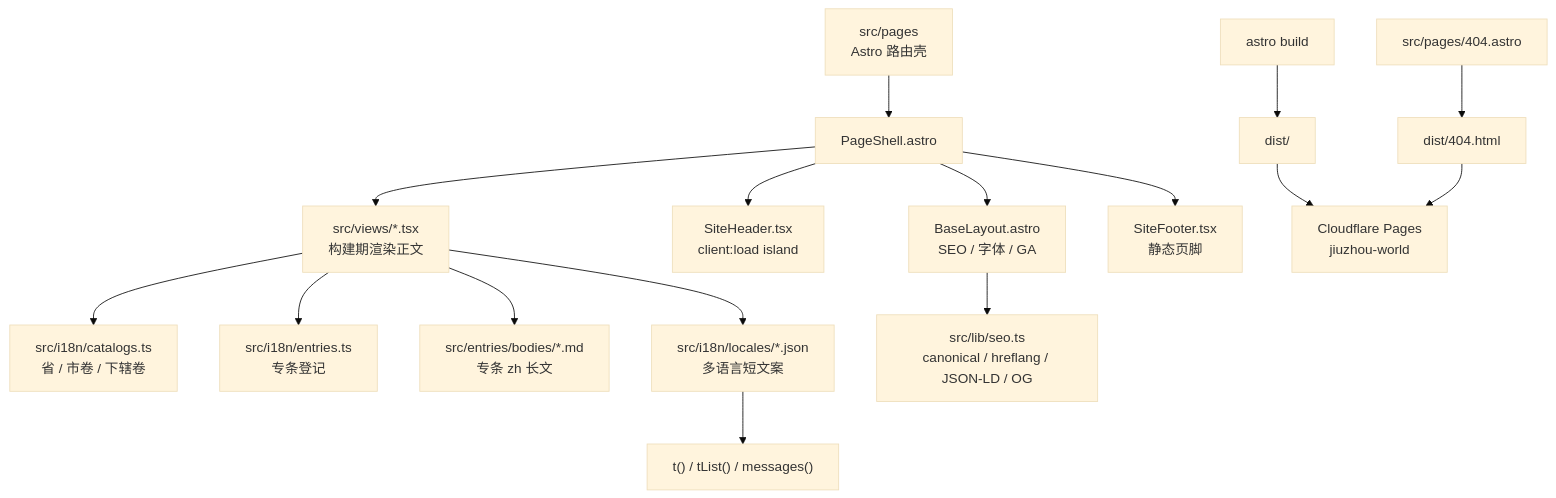
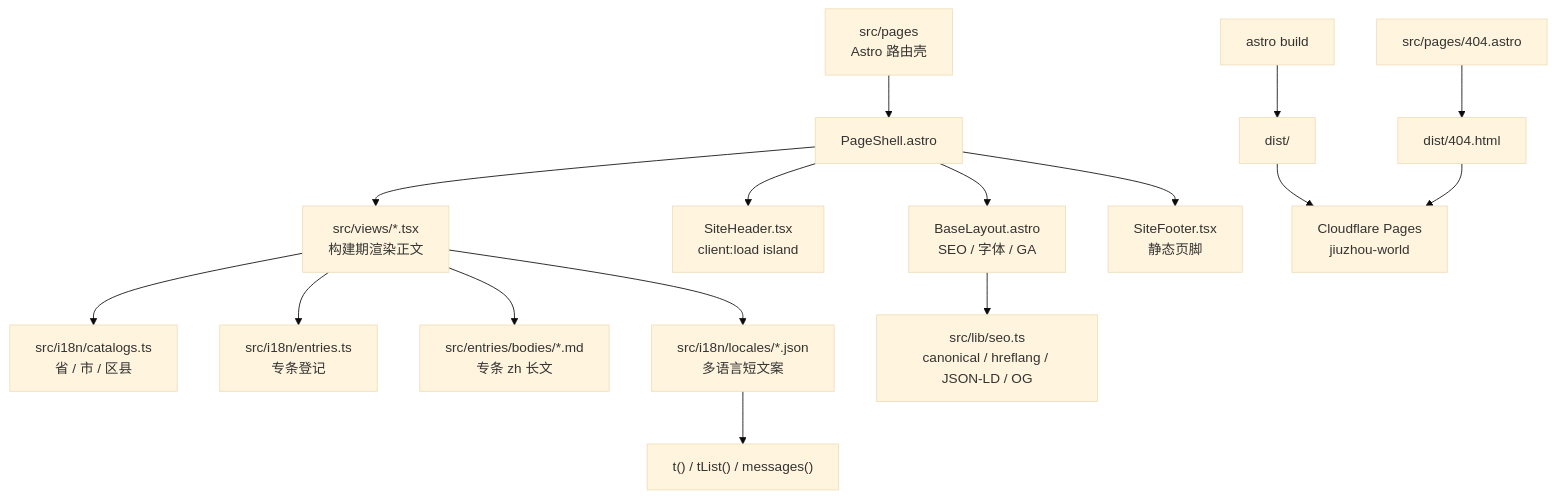
Before and after one commit to robinv8/jiuzhou-world: the first of 2 diagrams in brain/architecture.md, drawn with Mermaid (base theme). The commit also changed other lines of this file and 20 other files, not shown here.

````diff
--- a/brain/architecture.md
+++ b/brain/architecture.md
@@ -14,18 +14,18 @@
 ```mermaid
 graph TD
   Pages["src/pages\nAstro 路由壳"] --> Shell["PageShell.astro"]
   Shell --> Layout["BaseLayout.astro\nSEO / 字体 / GA"]
   Shell --> Header["SiteHeader.tsx\nclient:load island"]
   Shell --> Views["src/views/*.tsx\n构建期渲染正文"]
   Shell --> Footer["SiteFooter.tsx\n静态页脚"]
-  Views --> Catalogs["src/i18n/catalogs.ts\n省 / 市卷 / 下辖卷"]
+  Views --> Catalogs["src/i18n/catalogs.ts\n省 / 市 / 区县"]
   Views --> Entries["src/i18n/entries.ts\n专条登记"]
   Views --> Bodies["src/entries/bodies/*.md\n专条 zh 长文"]
   Views --> Messages["src/i18n/locales/*.json\n多语言短文案"]
   Messages --> T["t() / tList() / messages()"]
   Layout --> SEO["src/lib/seo.ts\ncanonical / hreflang / JSON-LD / OG"]
   Build["astro build"] --> Dist["dist/"]
   Dist --> CF["Cloudflare Pages\njiuzhou-world"]
   NotFound["src/pages/404.astro"] --> Dist404["dist/404.html"]
   Dist404 --> CF
 ```
````
